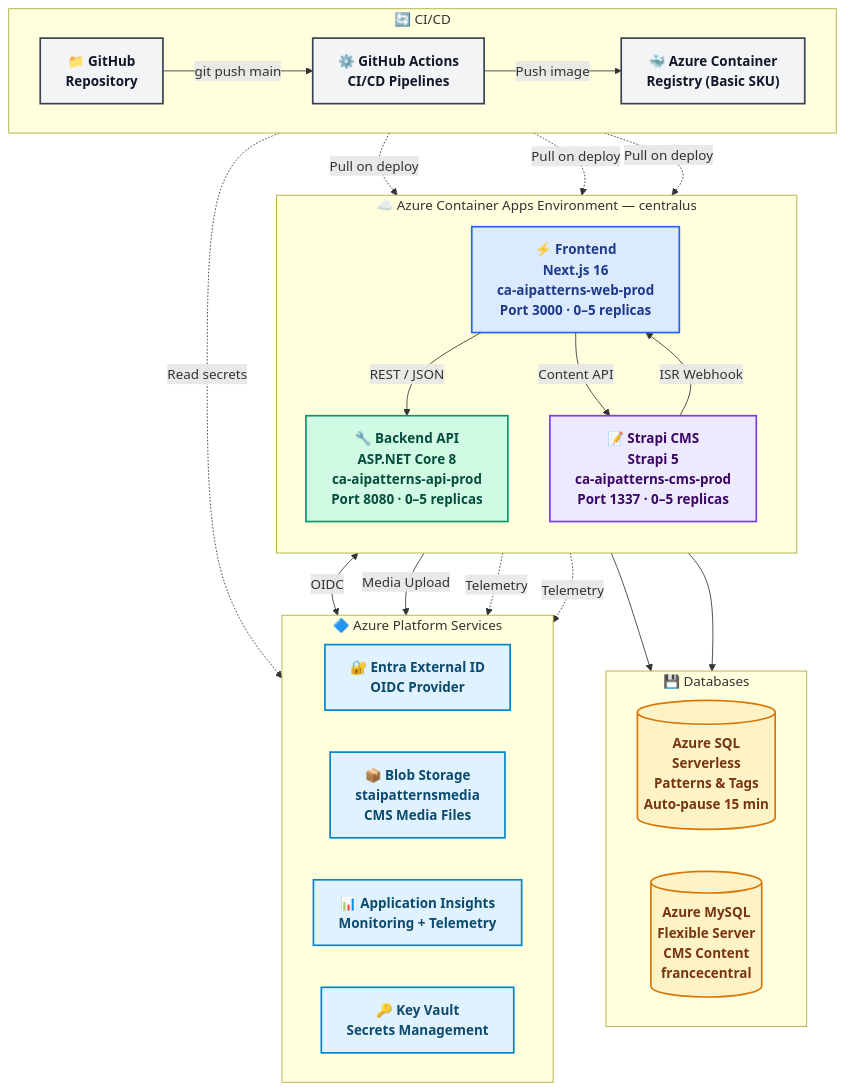
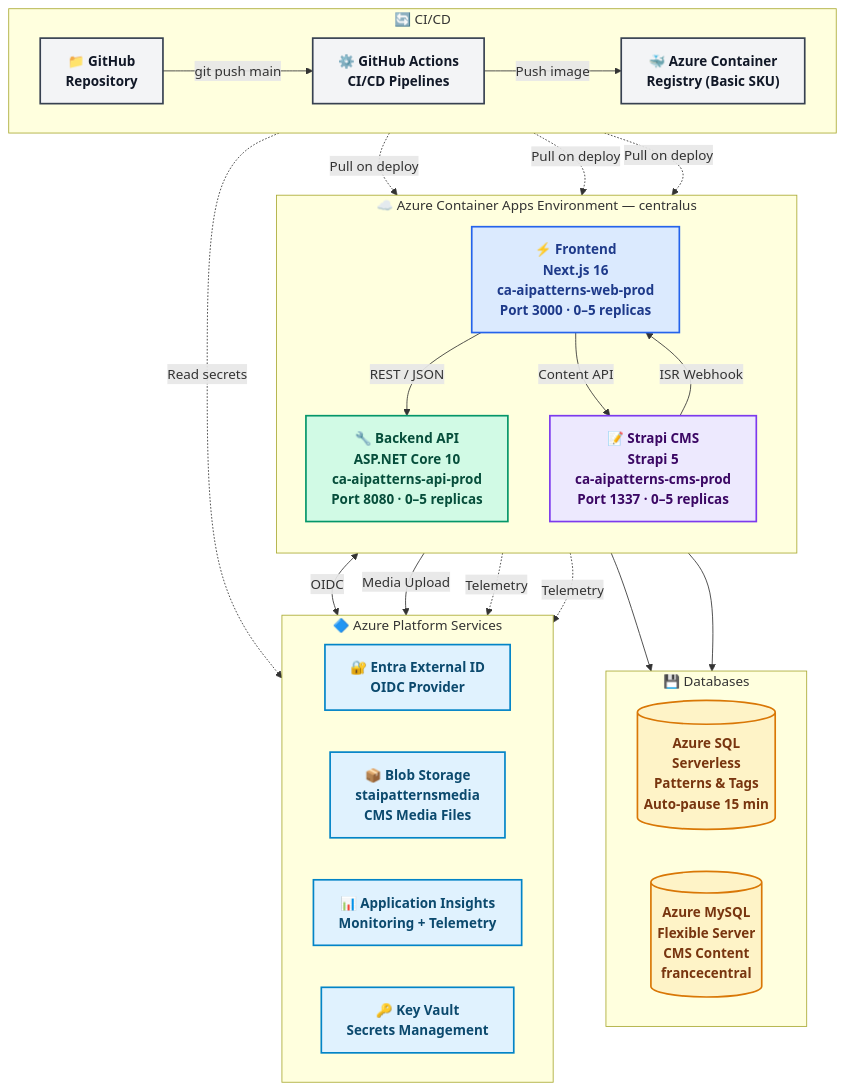
One commit to sandropetterle/AIEnterprisePatterns changed the diagram in deployment/CONTAINER_APPS_GUIDE.md. Above: the diagram before and after it, drawn with Mermaid. The commit also changed 25 other files, not shown here.

First line of the commit message:
chore(backend): upgrade .NET 8 to .NET 10 LTS (framework-only) (#158)

````diff
--- a/deployment/CONTAINER_APPS_GUIDE.md
+++ b/deployment/CONTAINER_APPS_GUIDE.md
@@ -56,66 +56,66 @@
 ```mermaid
 flowchart TD
     %% ── CI/CD ────────────────────────────────────────────────────────────────
     subgraph CICD["🔄  CI/CD"]
         direction LR
         GH["📁 GitHub<br/>Repository"]
         GHA["⚙️ GitHub Actions<br/>CI/CD Pipelines"]
         ACR["🐳 Azure Container<br/>Registry (Basic SKU)"]
     end
 
     %% ── Azure Container Apps Environment ─────────────────────────────────────
     subgraph ACA["☁️  Azure Container Apps Environment — centralus"]
         direction TB
         FE["⚡ Frontend<br/>Next.js 16<br/>ca-aipatterns-web-prod<br/>Port 3000 · 0–5 replicas"]
-        API["🔧 Backend API<br/>ASP.NET Core 8<br/>ca-aipatterns-api-prod<br/>Port 8080 · 0–5 replicas"]
+        API["🔧 Backend API<br/>ASP.NET Core 10<br/>ca-aipatterns-api-prod<br/>Port 8080 · 0–5 replicas"]
         CMS["📝 Strapi CMS<br/>Strapi 5<br/>ca-aipatterns-cms-prod<br/>Port 1337 · 0–5 replicas"]
     end
 
     %% ── Databases ────────────────────────────────────────────────────────────
     subgraph Databases["💾  Databases"]
         direction LR
         SQLDB[("Azure SQL<br/>Serverless<br/>Patterns & Tags<br/>Auto-pause 15 min")]
         MySQL[("Azure MySQL<br/>Flexible Server<br/>CMS Content<br/>francecentral")]
     end
 
     %% ── Azure Platform Services ──────────────────────────────────────────────
     subgraph Platform["🔷  Azure Platform Services"]
         direction LR
         Entra["🔐 Entra External ID<br/>OIDC Provider"]
         Blob["📦 Blob Storage<br/>staipatternsmedia<br/>CMS Media Files"]
         AI["📊 Application Insights<br/>Monitoring + Telemetry"]
         KV["🔑 Key Vault<br/>Secrets Management"]
     end
 
     %% ── Flows ────────────────────────────────────────────────────────────────
     GH -->|"git push main"| GHA
     GHA -->|"Push image"| ACR
     ACR -.->|"Pull on deploy"| FE
     ACR -.->|"Pull on deploy"| API
     ACR -.->|"Pull on deploy"| CMS
     FE -->|"REST / JSON"| API
     FE -->|"Content API"| CMS
     FE <-->|"OIDC"| Entra
     CMS -->|"ISR Webhook"| FE
     API --> SQLDB
     CMS --> MySQL
     CMS -->|"Media Upload"| Blob
     FE -.->|"Telemetry"| AI
     API -.->|"Telemetry"| AI
     GHA -.->|"Read secrets"| KV
 
     %% ── Node Styles ──────────────────────────────────────────────────────────
     classDef frontend fill:#DBEAFE,stroke:#2563EB,stroke-width:2px,color:#1E3A8A,font-weight:bold
     classDef backend  fill:#D1FAE5,stroke:#059669,stroke-width:2px,color:#064E3B,font-weight:bold
     classDef cms      fill:#EDE9FE,stroke:#7C3AED,stroke-width:2px,color:#3B0764,font-weight:bold
     classDef database fill:#FEF3C7,stroke:#D97706,stroke-width:2px,color:#78350F,font-weight:bold
     classDef azure    fill:#E0F2FE,stroke:#0284C7,stroke-width:2px,color:#0C4A6E,font-weight:bold
     classDef cicd     fill:#F3F4F6,stroke:#374151,stroke-width:2px,color:#111827,font-weight:bold
 
     class FE frontend
     class API backend
     class CMS cms
     class SQLDB,MySQL database
     class Entra,Blob,AI,KV azure
     class GH,GHA,ACR cicd
 ```
````
